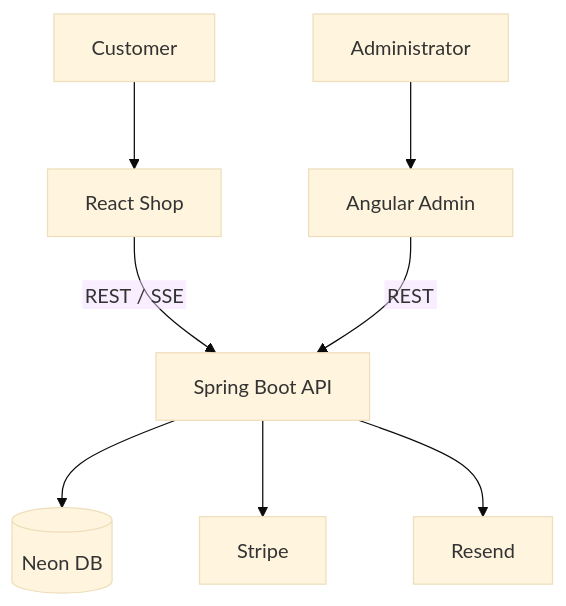
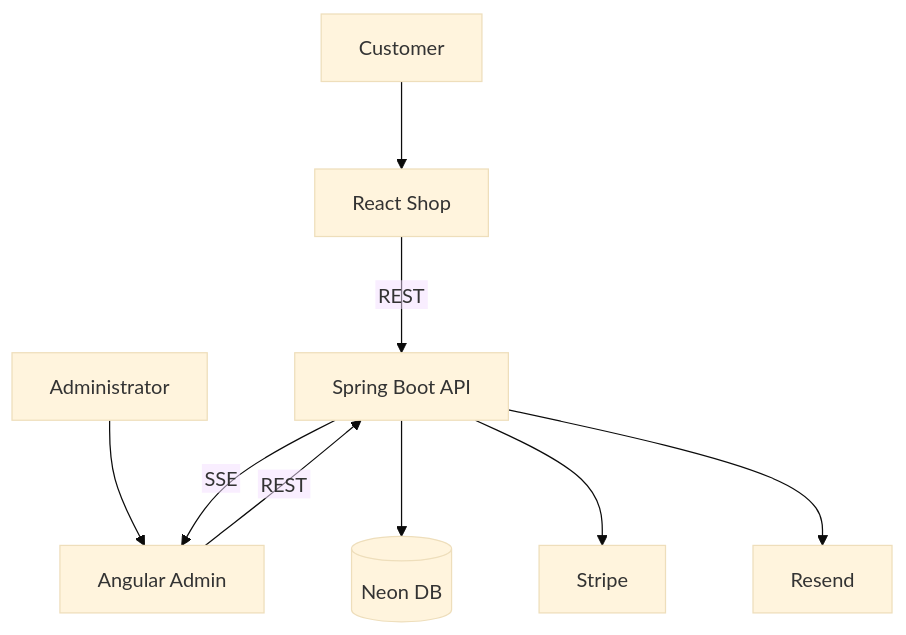
Before and after one commit to mohammadAziz-dev/SmartCommerce: the diagram in README.md, drawn with Mermaid.

Commit message:
docs: correct SSE direction in architecture diagram

````diff
--- a/README.md
+++ b/README.md
@@ -46,13 +46,14 @@
 ```mermaid
 %%{init: {"theme": "base", "themeVariables": {"fontSize": "16px"}, "flowchart": {"nodeSpacing": 70, "rankSpacing": 70, "htmlLabels": false}}}%%
 flowchart TB
     C["Customer"] --> R["React Shop"]
     A["Administrator"] --> G["Angular Admin"]
 
-    R -->|"REST / SSE"| B["Spring Boot API"]
+    R -->|"REST"| B["Spring Boot API"]
     G -->|"REST"| B
+    B -->|"SSE"| G
 
     B --> P[("Neon DB")]
     B --> S["Stripe"]
     B --> E["Resend"]
 ```
````
